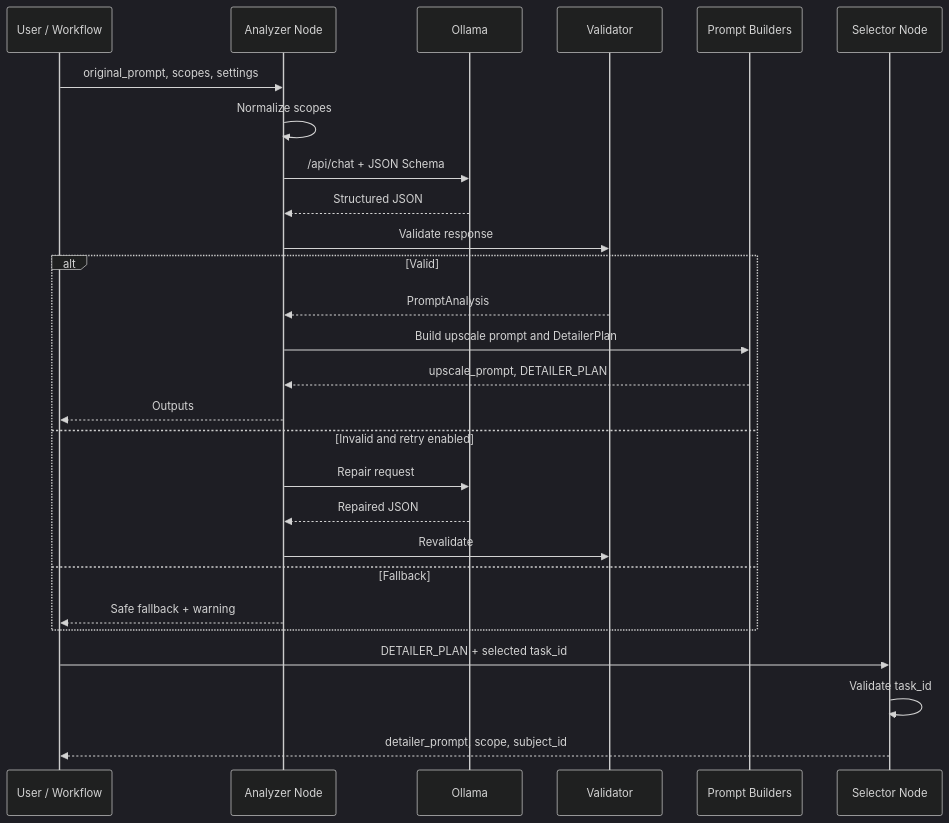
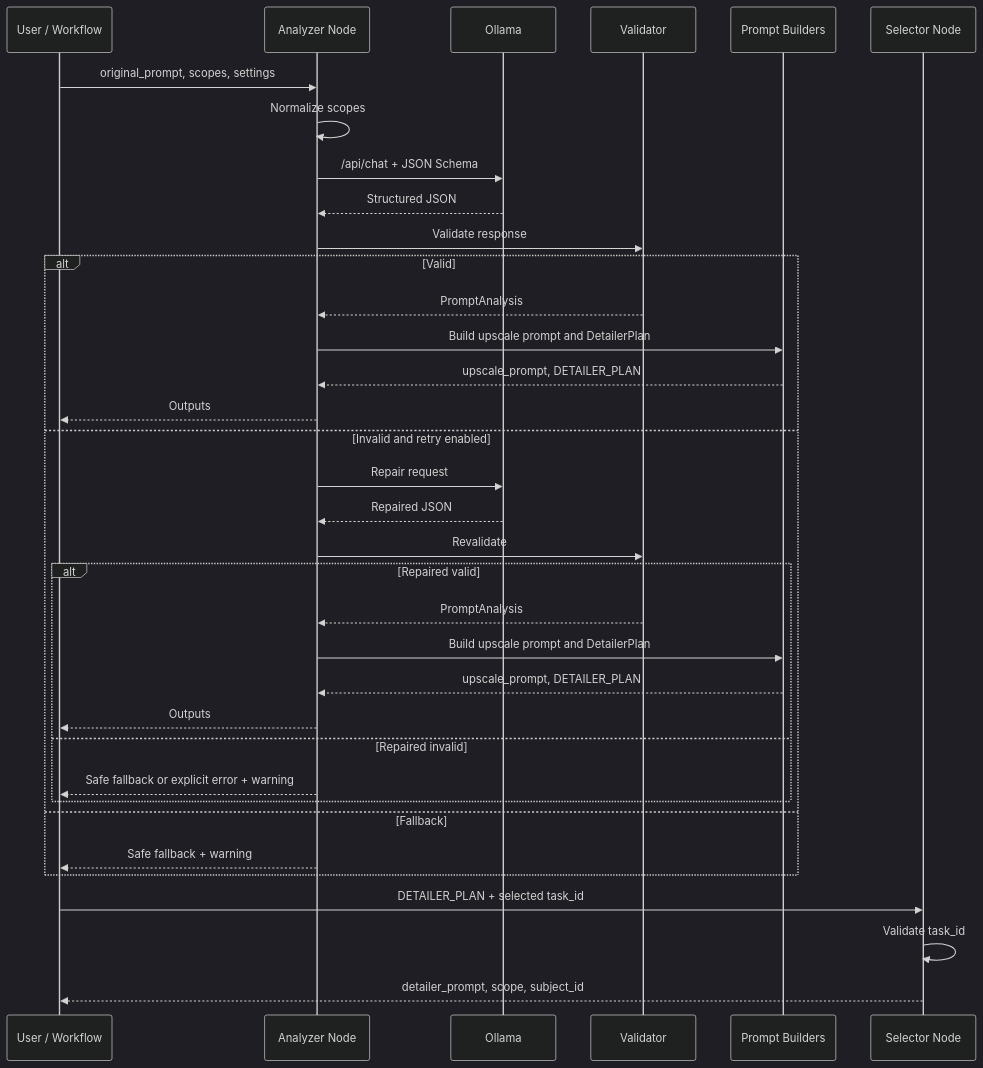
The third of 3 diagrams in docs/requirements/requirements-design-reference.md (beastmaniaxxx/ComfyUI-Prompt-Detailer-Router), drawn with Mermaid (dark theme) before and after one commit. The commit also changed other lines of this file, not shown here.

````diff
--- a/docs/requirements/requirements-design-reference.md
+++ b/docs/requirements/requirements-design-reference.md
@@ -869,31 +887,39 @@
 ```mermaid
 sequenceDiagram
     participant U as User / Workflow
     participant A as Analyzer Node
     participant O as Ollama
     participant V as Validator
     participant B as Prompt Builders
     participant S as Selector Node
 
     U->>A: original_prompt, scopes, settings
     A->>A: Normalize scopes
     A->>O: /api/chat + JSON Schema
     O-->>A: Structured JSON
     A->>V: Validate response
     alt Valid
         V-->>A: PromptAnalysis
         A->>B: Build upscale prompt and DetailerPlan
         B-->>A: upscale_prompt, DETAILER_PLAN
         A-->>U: Outputs
     else Invalid and retry enabled
         A->>O: Repair request
         O-->>A: Repaired JSON
         A->>V: Revalidate
+        alt Repaired valid
+            V-->>A: PromptAnalysis
+            A->>B: Build upscale prompt and DetailerPlan
+            B-->>A: upscale_prompt, DETAILER_PLAN
+            A-->>U: Outputs
+        else Repaired invalid
+            A-->>U: Safe fallback or explicit error + warning
+        end
     else Fallback
         A-->>U: Safe fallback + warning
     end
 
     U->>S: DETAILER_PLAN + selected task_id
     S->>S: Validate task_id
     S-->>U: detailer_prompt, scope, subject_id
 ```
````
